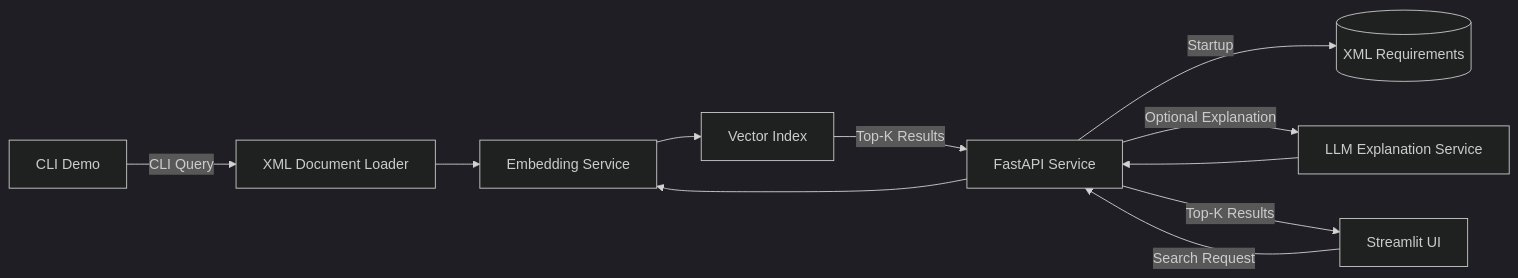
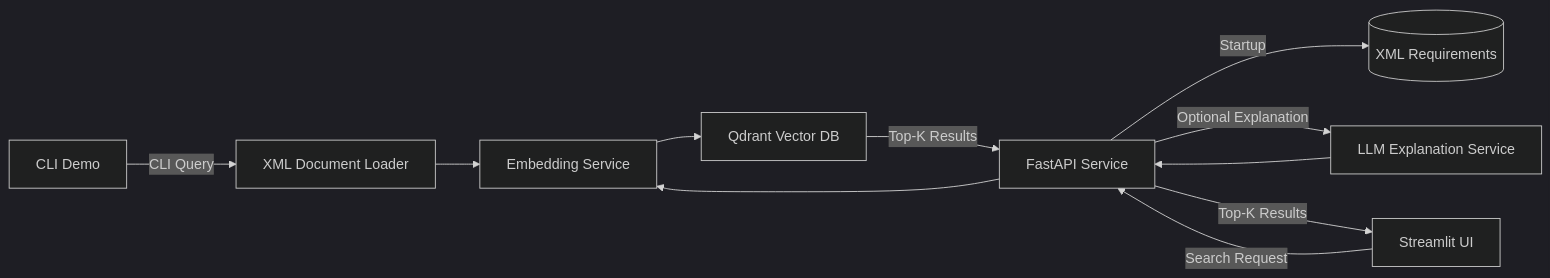
Before and after one commit to patricknanz2002-wq/ai-requirements-engine: the diagram in README.md, drawn with Mermaid (dark theme). The commit also changed other lines of this file and 8 other files, not shown here.

Commit message:
feat: integrate Qdrant vector database with incremental indexing and update architecture documentation

````diff
--- a/README.md
+++ b/README.md
@@ -84,28 +90,28 @@
 ```mermaid
 flowchart LR
 
 CLI["CLI Demo"]
 UI["Streamlit UI"]
 API["FastAPI Service"]
 Embedder["Embedding Service"]
-VectorStore["Vector Index"]
+VectorDB["Qdrant Vector DB"]
 LLM["LLM Explanation Service"]
 Data[(XML Requirements)]
 Loader["XML Document Loader"]
 
 API -->|Startup| Data
 API --> Embedder
 
-Embedder --> VectorStore
-VectorStore -->|Top-K Results| API
+Embedder --> VectorDB
+VectorDB -->|Top-K Results| API
 
 API -->|Optional Explanation| LLM
 LLM --> API
 
 CLI -->|CLI Query| Loader
 Loader --> Embedder
 UI -->|Search Request| API
 
 API -->|Top-K Results| UI
 
 ```
````
